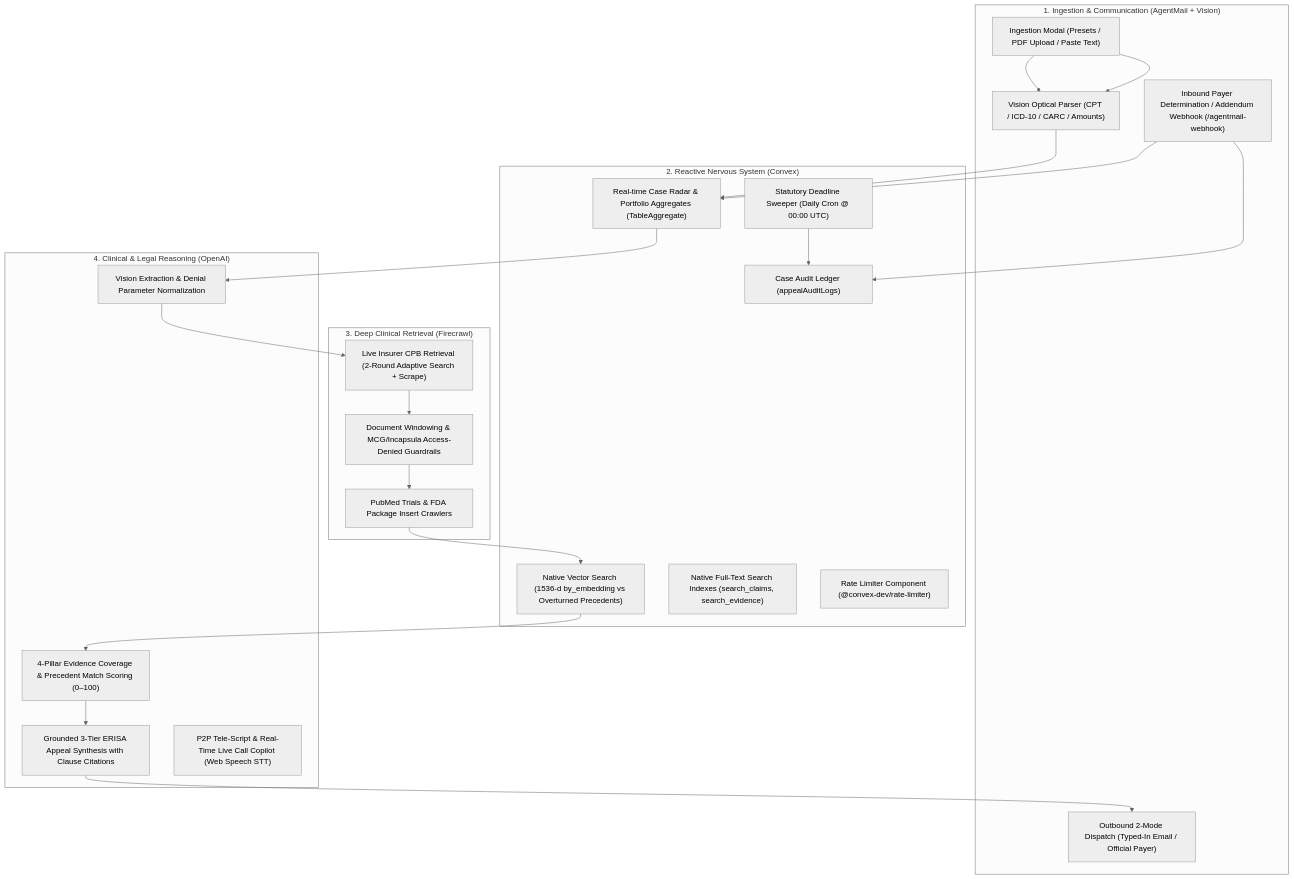
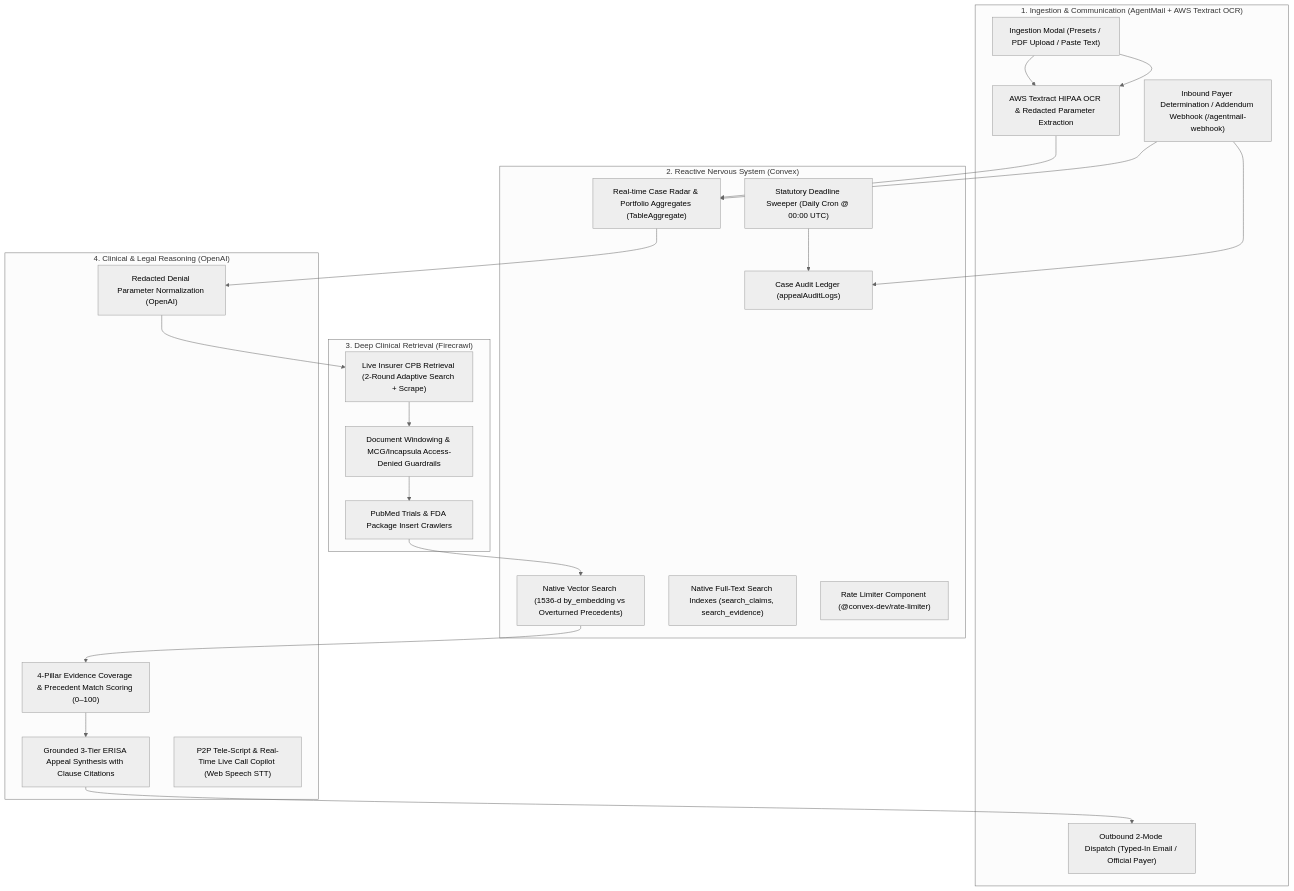
Before and after one commit to zaikaman/ClaimHero: the diagram in IDEA.md, drawn with Mermaid (neutral theme). The commit also changed other lines of this file and 21 other files, not shown here.

First line of the commit message:
feat: align OCR intake with AWS Textract HIPAA BAA and purge dead vision code

````diff
--- a/IDEA.md
+++ b/IDEA.md
@@ -23,44 +23,44 @@
 ```mermaid
 flowchart TD
-    subgraph Intake ["1. Ingestion & Communication (AgentMail + Vision)"]
-        A1["Ingestion Modal (Presets / PDF Upload / Paste Text)"] --> A2["Vision Optical Parser (CPT / ICD-10 / CARC / Amounts)"]
+    subgraph Intake ["1. Ingestion & Communication (AgentMail + AWS Textract OCR)"]
+        A1["Ingestion Modal (Presets / PDF Upload / Paste Text)"] --> A2["AWS Textract HIPAA OCR & Redacted Parameter Extraction"]
         A3["Outbound 2-Mode Dispatch (Typed-In Email / Official Payer)"]
         A4["Inbound Payer Determination / Addendum Webhook (/agentmail-webhook)"]
     end
 
     subgraph Brain ["2. Reactive Nervous System (Convex)"]
         C1["Real-time Case Radar & Portfolio Aggregates (TableAggregate)"]
         C2["Native Vector Search (1536-d by_embedding vs Overturned Precedents)"]
         C3["Native Full-Text Search Indexes (search_claims, search_evidence)"]
         C4["Statutory Deadline Sweeper (Daily Cron @ 00:00 UTC)"]
         C5["Rate Limiter Component (@convex-dev/rate-limiter)"]
         C6["Case Audit Ledger (appealAuditLogs)"]
     end
 
     subgraph Senses ["3. Deep Clinical Retrieval (Firecrawl)"]
         F1["Live Insurer CPB Retrieval (2-Round Adaptive Search + Scrape)"]
         F2["Document Windowing & MCG/Incapsula Access-Denied Guardrails"]
         F3["PubMed Trials & FDA Package Insert Crawlers"]
     end
 
     subgraph Intelligence ["4. Clinical & Legal Reasoning (OpenAI)"]
-        O1["Vision Extraction & Denial Parameter Normalization"]
+        O1["Redacted Denial Parameter Normalization (OpenAI)"]
         O2["4-Pillar Evidence Coverage & Precedent Match Scoring (0–100)"]
         O3["Grounded 3-Tier ERISA Appeal Synthesis with Clause Citations"]
         O4["P2P Tele-Script & Real-Time Live Call Copilot (Web Speech STT)"]
     end
 
     A1 --> A2
     A2 --> C1
     C1 --> O1
     O1 --> F1
     F1 --> F2
     F2 --> F3
     F3 --> C2
     C2 --> O2
     O2 --> O3
     O3 --> A3
     C4 --> C6
     A4 --> C1
     A4 --> C6
 ```
````
